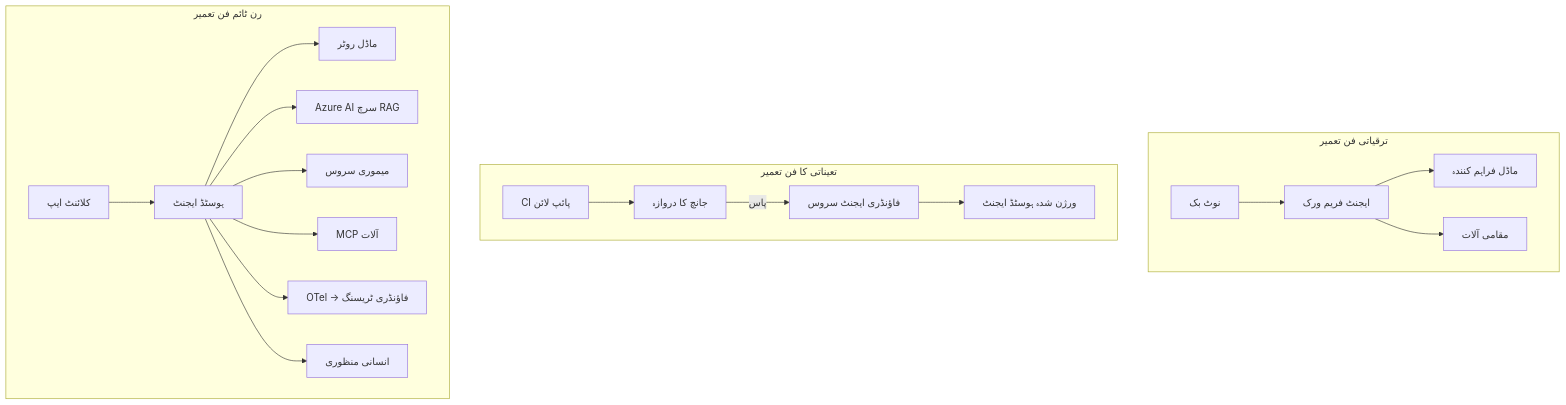
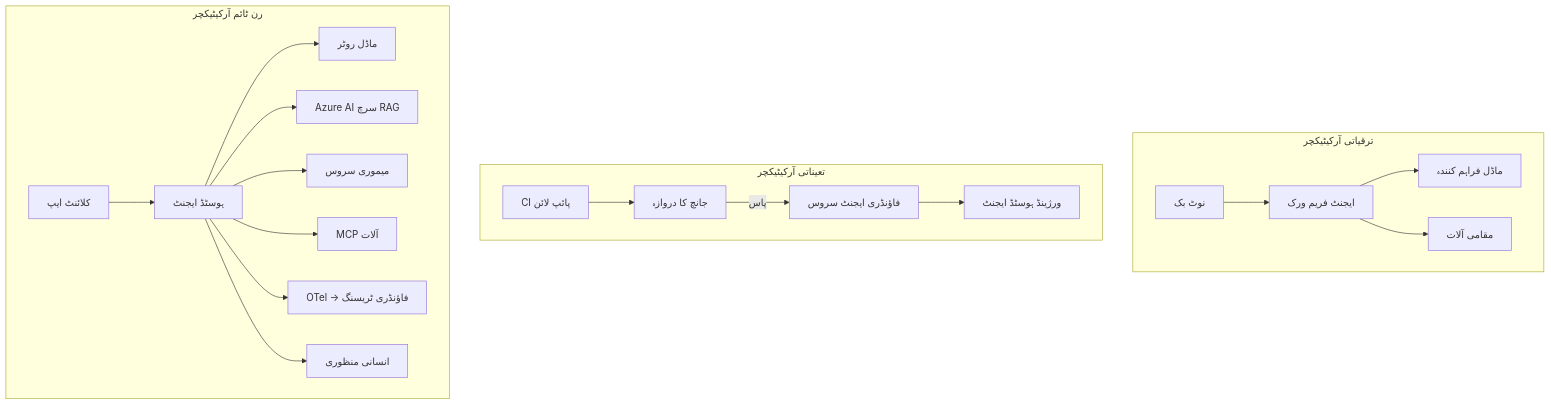
Before and after one commit to gabrielmoreira/agent-skills-mirror: the fourth of 4 diagrams in mirrors/repos/microsoft@ai-agents-for-beginners/translations/ur/16-deploying-scalable-agents/README.md, drawn with Mermaid. The commit also changed other lines of this file and 4262 other files, not shown here.

````diff
--- a/mirrors/repos/microsoft@ai-agents-for-beginners/translations/ur/16-deploying-scalable-agents/README.md
+++ b/mirrors/repos/microsoft@ai-agents-for-beginners/translations/ur/16-deploying-scalable-agents/README.md
@@ -185,22 +185,22 @@
 ```mermaid
 flowchart TB
-    subgraph Dev[ترقیاتی فن تعمیر]
+    subgraph Dev[ترقیاتی آرکیٹیکچر]
         D1[نوٹ بک] --> D2[ایجنٹ فریم ورک]
         D2 --> D3[ماڈل فراہم کنندہ]
         D2 --> D4[مقامی آلات]
     end
-    subgraph Deploy[تعیناتی کا فن تعمیر]
+    subgraph Deploy[تعیناتی آرکیٹیکچر]
         E1[CI پائپ لائن] --> E2[جانچ کا دروازہ]
         E2 -->|پاس| E3[فاؤنڈری ایجنٹ سروس]
-        E3 --> E4[ورژن شدہ ہوسٹڈ ایجنٹ]
+        E3 --> E4[ورژینڈ ہوسٹڈ ایجنٹ]
     end
-    subgraph Run[رن ٹائم فن تعمیر]
+    subgraph Run[رن ٹائم آرکیٹیکچر]
         F1[کلائنٹ ایپ] --> F2[ہوسٹڈ ایجنٹ]
         F2 --> F3[ماڈل روٹر]
         F2 --> F4[Azure AI سرچ RAG]
         F2 --> F5[میموری سروس]
         F2 --> F6[MCP آلات]
         F2 --> F7[OTel -> فاؤنڈری ٹریسنگ]
         F2 --> F8[انسانی منظوری]
     end
 ```
````
